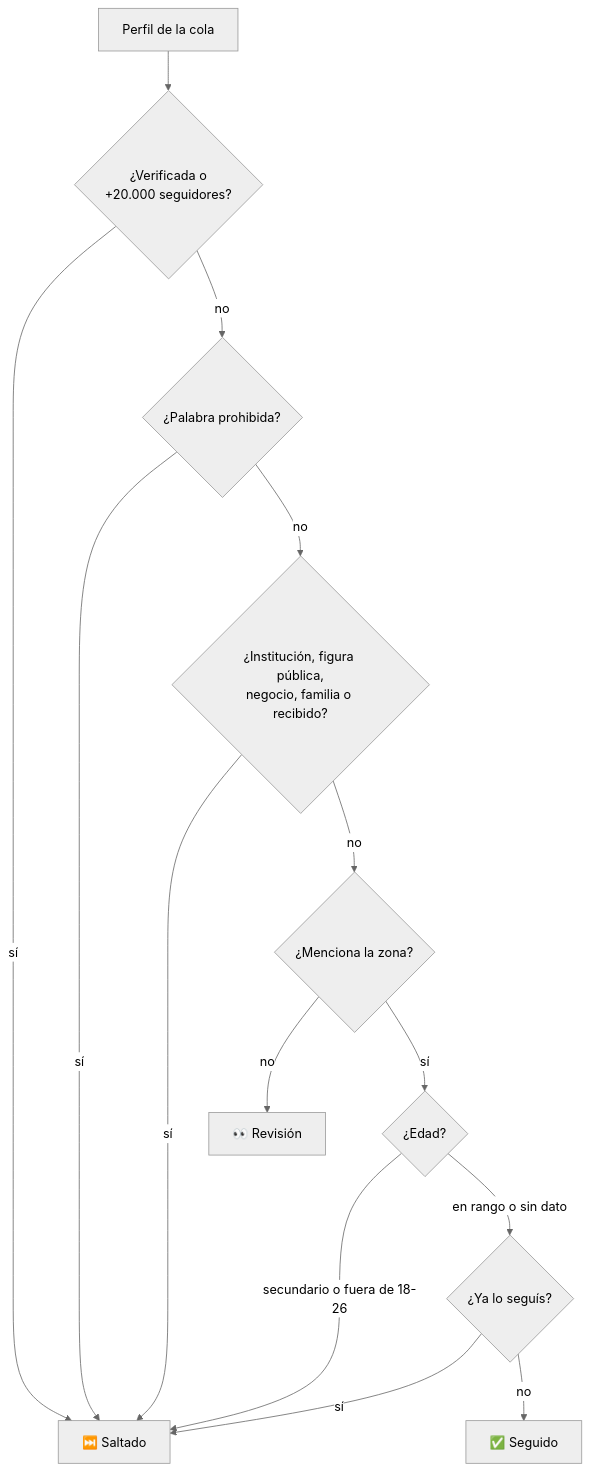
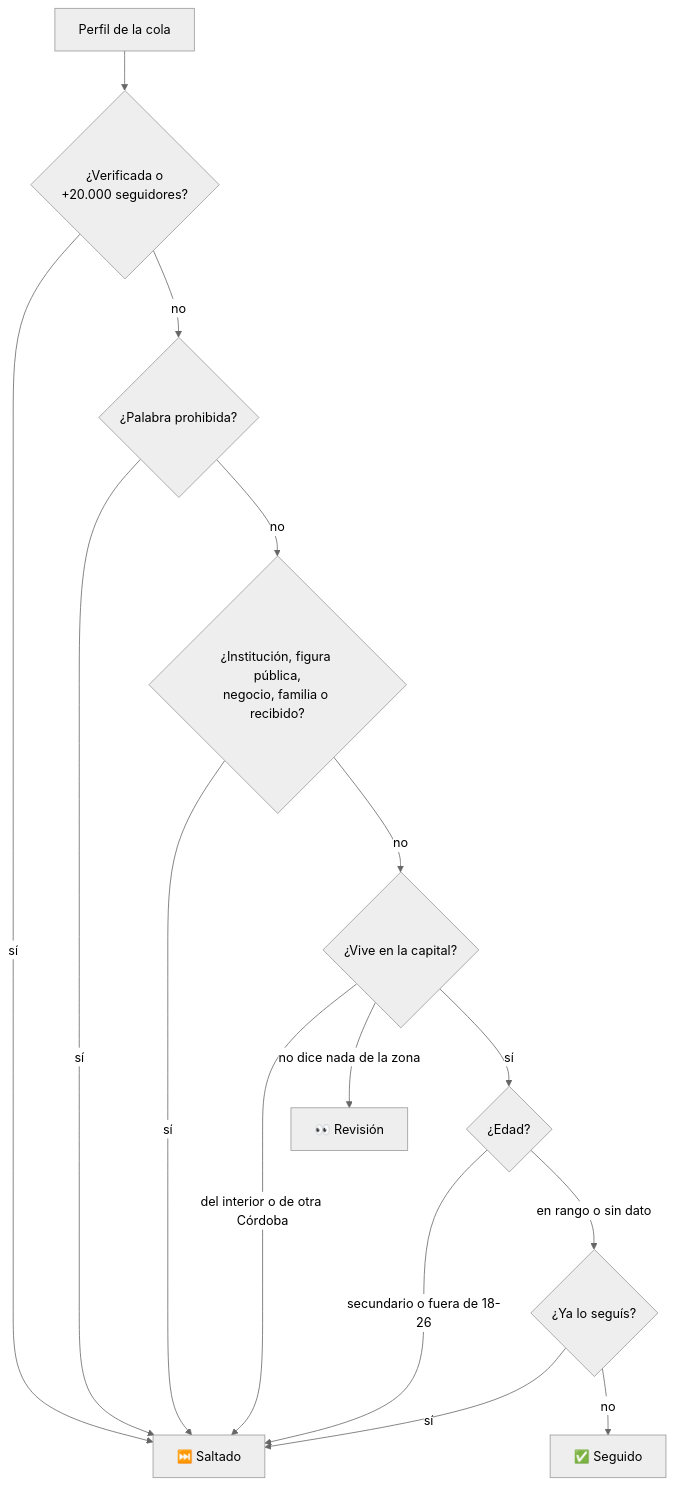
The diagram in README.md (JoacoMo/extension-autofollow-instagram), drawn with Mermaid (neutral theme) before and after one commit. The commit also changed other lines of this file and 4 other files, not shown here.

````diff
--- a/README.md
+++ b/README.md
@@ -26,16 +26,17 @@
 ```mermaid
 flowchart TD
     A[Perfil de la cola] --> V{¿Verificada o<br>+20.000 seguidores?}
     V -- sí --> S[⏭️ Saltado]
     V -- no --> B{¿Palabra prohibida?}
     B -- sí --> S
     B -- no --> C{¿Institución, figura pública,<br>negocio, familia o recibido?}
     C -- sí --> S
-    C -- no --> D{¿Menciona la zona?}
-    D -- no --> R[👀 Revisión]
-    D -- sí --> E{¿Edad?}
+    C -- no --> I{¿Vive en la capital?}
+    I -- del interior o de otra Córdoba --> S
+    I -- no dice nada de la zona --> R[👀 Revisión]
+    I -- sí --> E{¿Edad?}
     E -- secundario o fuera de 18-26 --> S
     E -- en rango o sin dato --> F{¿Ya lo seguís?}
     F -- sí --> S
     F -- no --> G[✅ Seguido]
 ```
````
